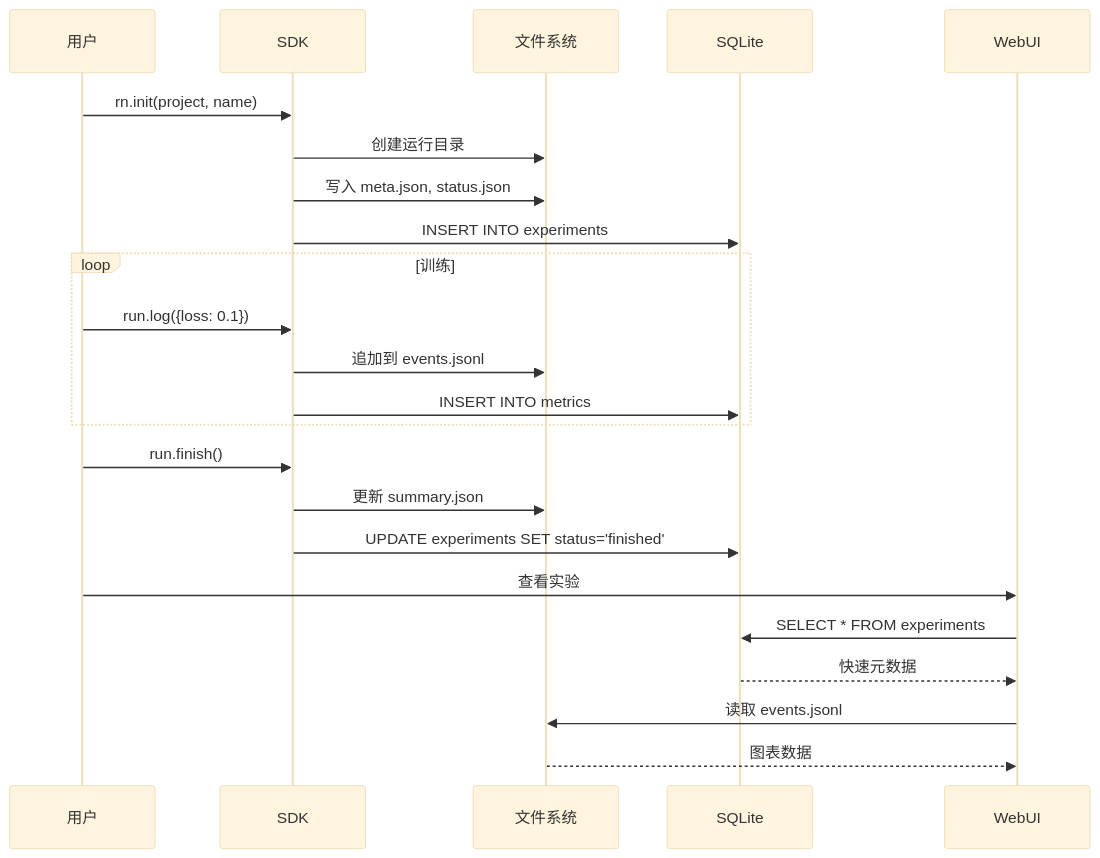
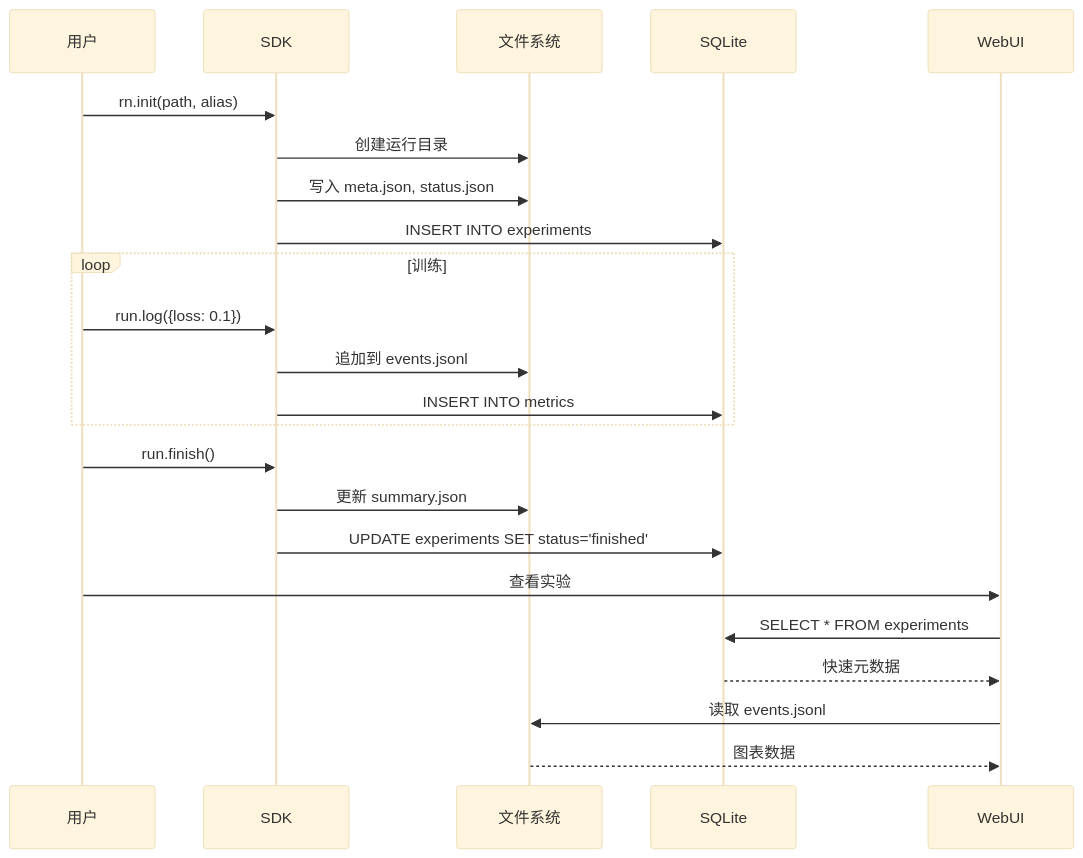
Before and after one commit to Skydoge-zjm/Runicorn: the diagram in docs/architecture/zh/DATA_FLOW.md, drawn with Mermaid (base theme). The commit also changed other lines of this file and 55 other files, not shown here.

````diff
--- a/docs/architecture/zh/DATA_FLOW.md
+++ b/docs/architecture/zh/DATA_FLOW.md
@@ -14,29 +14,29 @@
 ```mermaid
 sequenceDiagram
     participant 用户
     participant SDK
     participant 文件系统
     participant SQLite
     participant WebUI
 
-    用户->>SDK: rn.init(project, name)
+    用户->>SDK: rn.init(path, alias)
     SDK->>文件系统: 创建运行目录
     SDK->>文件系统: 写入 meta.json, status.json
     SDK->>SQLite: INSERT INTO experiments
-    
+
     loop 训练
         用户->>SDK: run.log({loss: 0.1})
         SDK->>文件系统: 追加到 events.jsonl
         SDK->>SQLite: INSERT INTO metrics
     end
-    
+
     用户->>SDK: run.finish()
     SDK->>文件系统: 更新 summary.json
     SDK->>SQLite: UPDATE experiments SET status='finished'
-    
+
     用户->>WebUI: 查看实验
     WebUI->>SQLite: SELECT * FROM experiments
     SQLite-->>WebUI: 快速元数据
     WebUI->>文件系统: 读取 events.jsonl
     文件系统-->>WebUI: 图表数据
 ```
````
